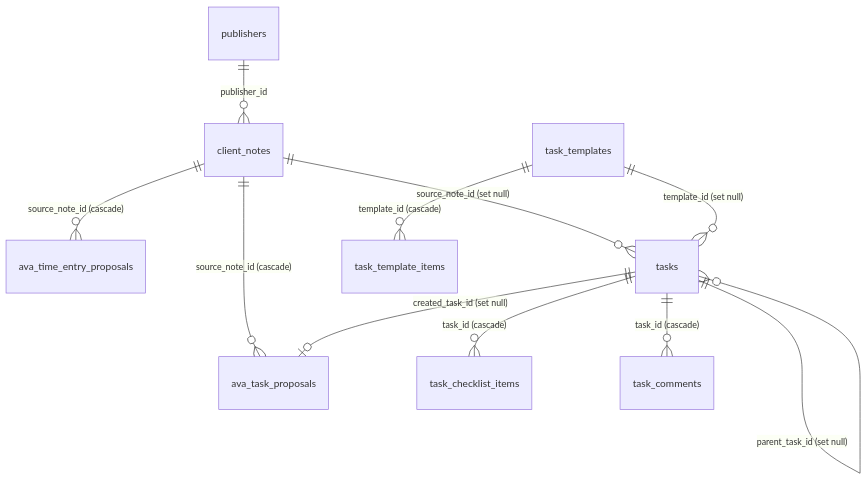
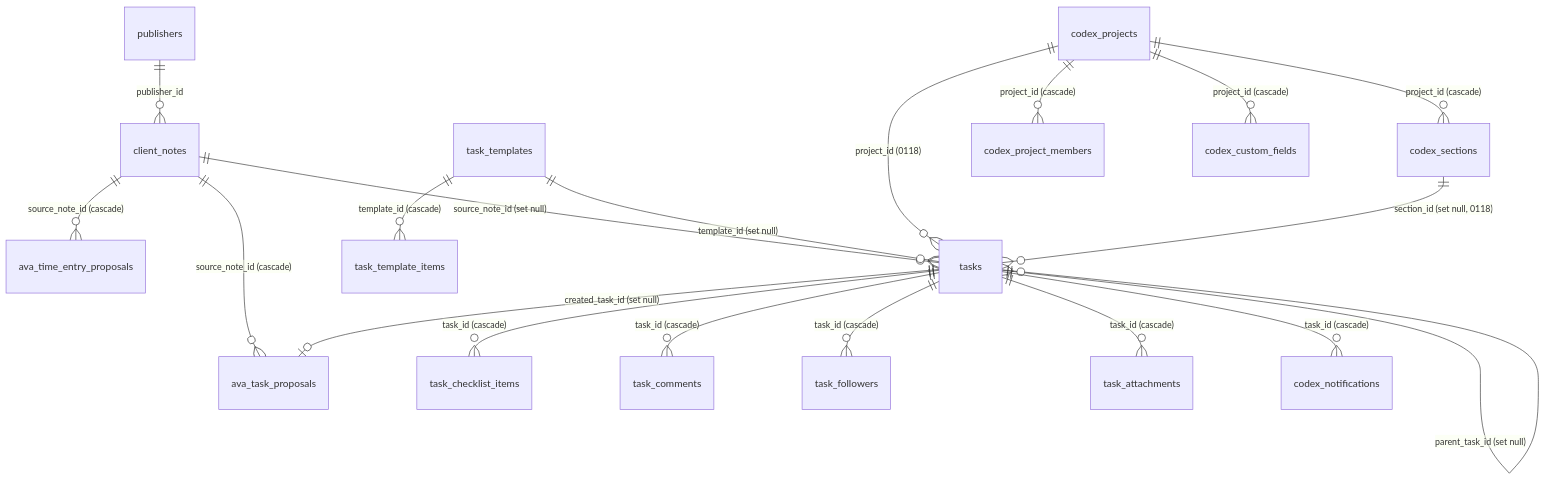
Before and after one commit to lukefitzpatrick-am/assembledview: the second of 2 diagrams in docs/brain/DATA-MODEL.md, drawn with Mermaid. The commit also changed other lines of this file and 8 other files, not shown here.

````diff
--- a/docs/brain/DATA-MODEL.md
+++ b/docs/brain/DATA-MODEL.md
@@ -147,13 +147,21 @@
 ```mermaid
 erDiagram
     client_notes ||--o{ ava_task_proposals : "source_note_id (cascade)"
     client_notes ||--o{ ava_time_entry_proposals : "source_note_id (cascade)"
     client_notes ||--o{ tasks : "source_note_id (set null)"
     tasks ||--o| ava_task_proposals : "created_task_id (set null)"
     tasks ||--o{ task_checklist_items : "task_id (cascade)"
     tasks ||--o{ task_comments : "task_id (cascade)"
     tasks ||--o{ tasks : "parent_task_id (set null)"
     task_templates ||--o{ task_template_items : "template_id (cascade)"
     task_templates ||--o{ tasks : "template_id (set null)"
     publishers ||--o{ client_notes : "publisher_id"
+    codex_projects ||--o{ codex_sections : "project_id (cascade)"
+    codex_projects ||--o{ codex_project_members : "project_id (cascade)"
+    codex_projects ||--o{ codex_custom_fields : "project_id (cascade)"
+    codex_projects ||--o{ tasks : "project_id (0118)"
+    codex_sections ||--o{ tasks : "section_id (set null, 0118)"
+    tasks ||--o{ task_followers : "task_id (cascade)"
+    tasks ||--o{ task_attachments : "task_id (cascade)"
+    tasks ||--o{ codex_notifications : "task_id (cascade)"
 ```
````
